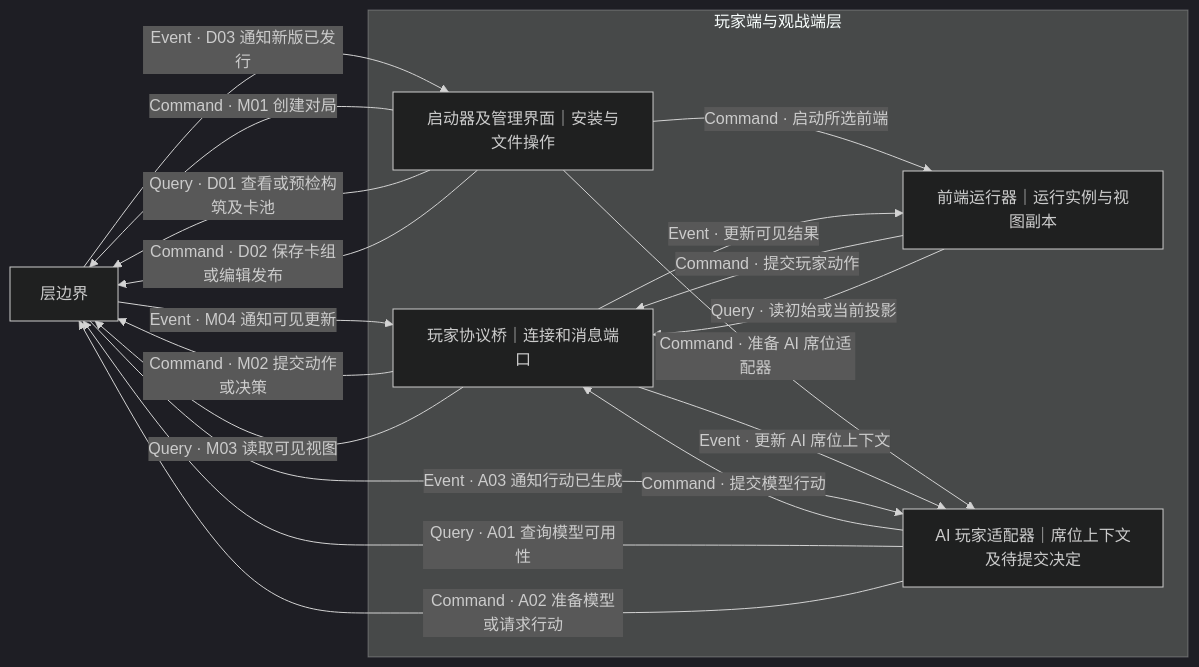
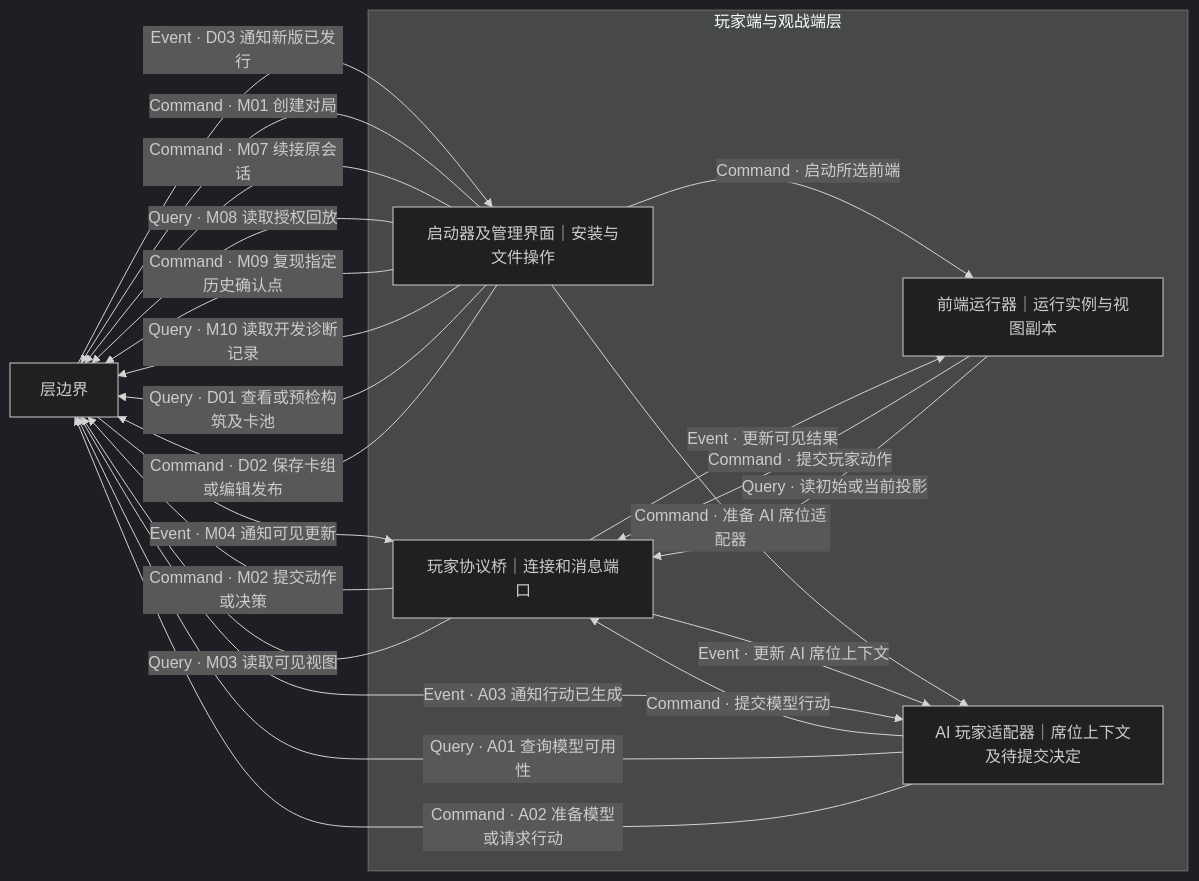
Before and after one commit to jigejiqiangshou/Critical-Provisional: the second of 5 diagrams in specs/001-offline-game-refactor/contracts/layer-boundaries.md, drawn with Mermaid (dark theme). The commit also changed other lines of this file and 10 other files, not shown here.

````diff
--- a/specs/001-offline-game-refactor/contracts/layer-boundaries.md
+++ b/specs/001-offline-game-refactor/contracts/layer-boundaries.md
@@ -30,27 +34,31 @@
 ```mermaid
 flowchart LR
   B["层边界"]
   subgraph C["玩家端与观战端层"]
     L["启动器及管理界面｜安装与文件操作"]
     F["前端运行器｜运行实例与视图副本"]
     P["玩家协议桥｜连接和消息端口"]
     I["AI 玩家适配器｜席位上下文及待提交决定"]
     L -->|"Command · 启动所选前端"| F
     L -->|"Command · 准备 AI 席位适配器"| I
     F -->|"Command · 提交玩家动作"| P
     F -->|"Query · 读初始或当前投影"| P
     P -->|"Event · 更新可见结果"| F
     I -->|"Command · 提交模型行动"| P
     P -->|"Event · 更新 AI 席位上下文"| I
   end
   L -->|"Command · M01 创建对局"| B
+  L -->|"Command · M07 续接原会话"| B
+  L -->|"Query · M08 读取授权回放"| B
+  L -->|"Command · M09 复现指定历史确认点"| B
+  L -->|"Query · M10 读取开发诊断记录"| B
   P -->|"Command · M02 提交动作或决策"| B
   P -->|"Query · M03 读取可见视图"| B
   B -->|"Event · M04 通知可见更新"| P
   I -->|"Query · A01 查询模型可用性"| B
   I -->|"Command · A02 准备模型或请求行动"| B
   B -->|"Event · A03 通知行动已生成"| I
   L -->|"Query · D01 查看或预检构筑及卡池"| B
   L -->|"Command · D02 保存卡组或编辑发布"| B
   B -->|"Event · D03 通知新版已发行"| L
 ```
````
